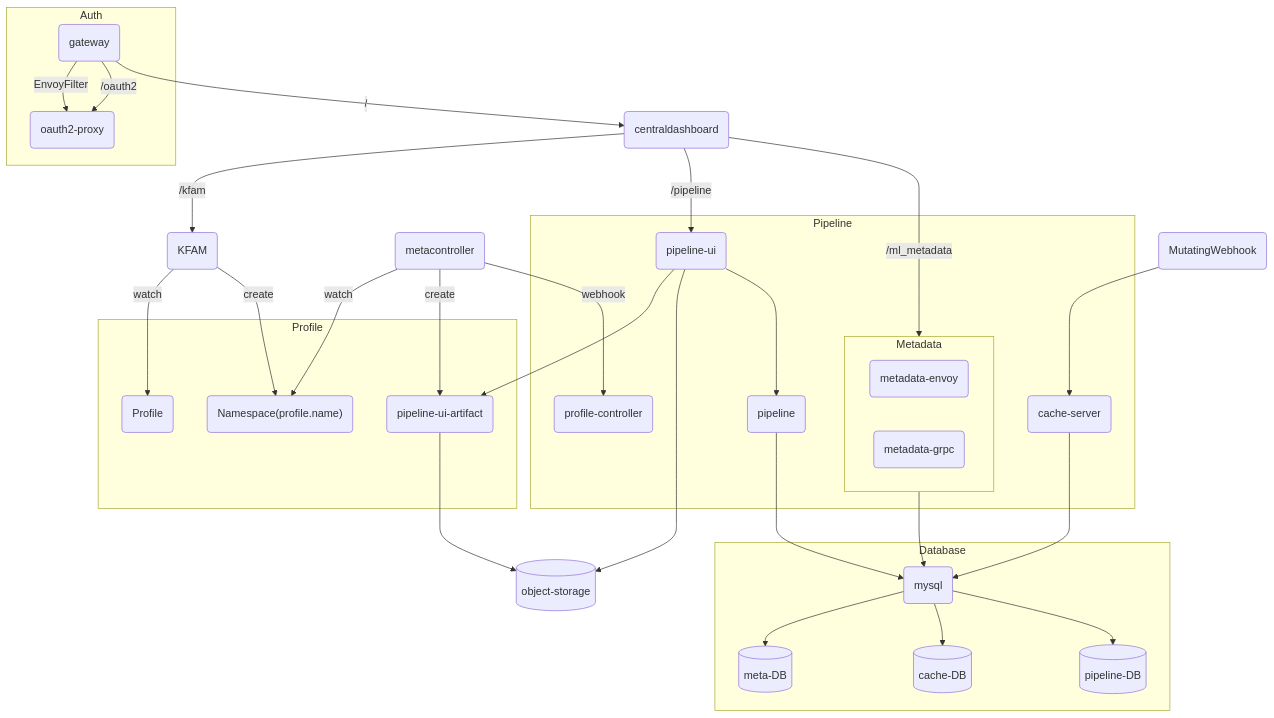
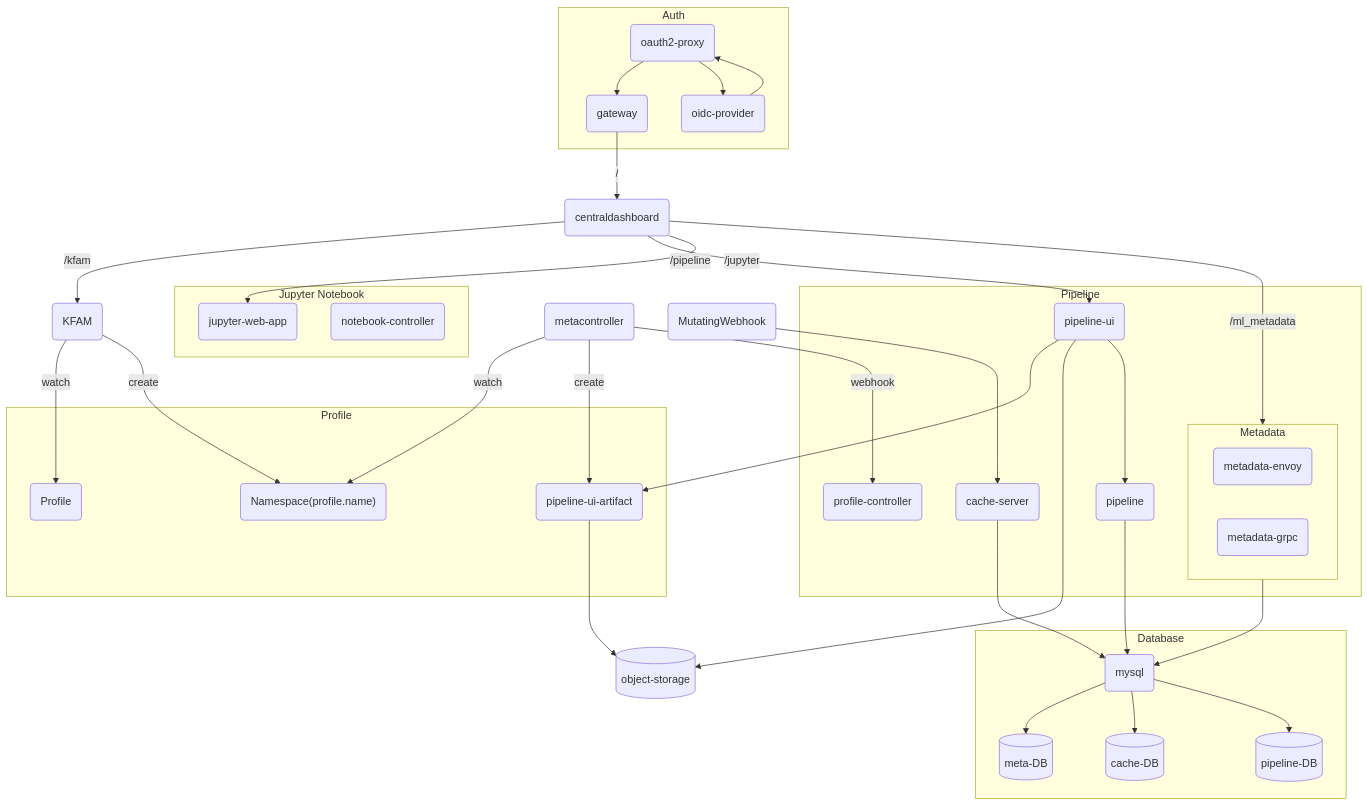
Before and after one commit to hhk7734/wiki: the diagram in docs/mlops/mlops/kubeflow/architecture.mdx, drawn with Mermaid. The commit also changed other lines of this file and 1 other file, not shown here.

````diff
--- a/docs/mlops/mlops/kubeflow/architecture.mdx
+++ b/docs/mlops/mlops/kubeflow/architecture.mdx
@@ -17,61 +17,69 @@
 ```mermaid
 flowchart
   subgraph Auth
     Gateway(gateway)
     Oauth2Proxy(oauth2-proxy)
+    OIDCProvider(oidc-provider)
   end
 
-  Gateway --EnvoyFilter --> Oauth2Proxy
-  Gateway -- /oauth2 --> Oauth2Proxy
+  Oauth2Proxy --> Gateway
+  Oauth2Proxy --> OIDCProvider
+  OIDCProvider --> Oauth2Proxy
 
   CentralDashboard(centraldashboard)
   ObjectStorage[(object-storage)]
   MetaController(metacontroller)
   KFAM(KFAM)
 
 
   subgraph PBox [Pipeline]
     subgraph META [Metadata]
       METAE(metadata-envoy)
       METAG(metadata-grpc)
     end
     CACHE(cache-server)
     Pipeline(pipeline)
     PipelineUI(pipeline-ui)
     ProfileController(profile-controller)
   end
 
   subgraph DBox [Database]
     DB(mysql)
     MDB[(meta-DB)]
     CDB[(cache-DB)]
     PDB[(pipeline-DB)]
   end
 
   subgraph PFBox [Profile]
     Profile(Profile)
     ProfileNamespace("Namespace(profile.name)")
     PiepelineUIArtifact(pipeline-ui-artifact)
   end
 
+  subgraph JNBox [Jupyter Notebook]
+    JupyterWebApp(jupyter-web-app)
+    NotebookController(notebook-controller)
+  end
+
   MW(MutatingWebhook)
 
   Gateway -- / --> CentralDashboard
   PipelineUI --> PiepelineUIArtifact
   PipelineUI --> ObjectStorage
   PipelineUI --> Pipeline
   CentralDashboard -- /kfam --> KFAM
   CentralDashboard -- /pipeline --> PipelineUI
   CentralDashboard -- /ml_metadata --> META
+  CentralDashboard -- /jupyter --> JupyterWebApp
   DB --> MDB & CDB & PDB
   META --> DB
   Pipeline --> DB
   CACHE --> DB
   MW --> CACHE
   MetaController -- webhook --> ProfileController
   KFAM -- watch --> Profile
   KFAM -- create --> ProfileNamespace
   MetaController -- watch --> ProfileNamespace
   MetaController -- create --> PiepelineUIArtifact
   PiepelineUIArtifact --> ObjectStorage
 ```
````
